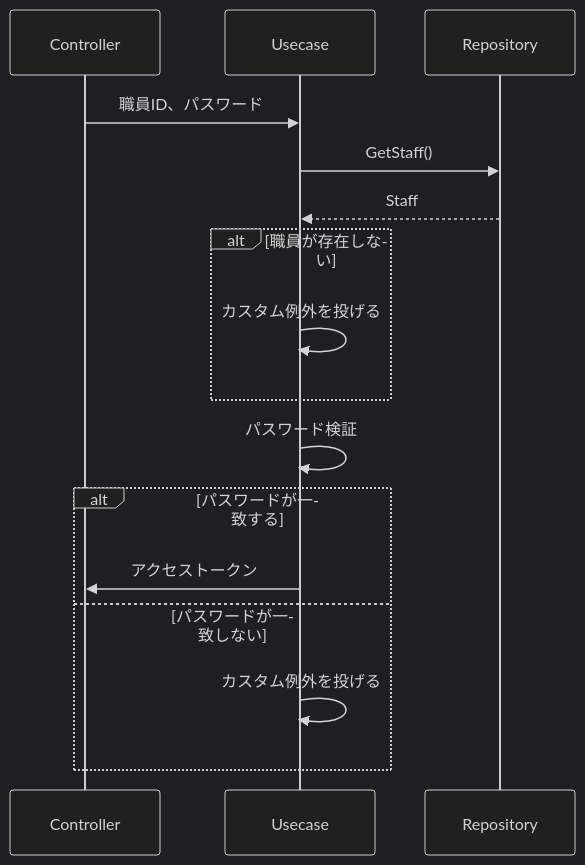
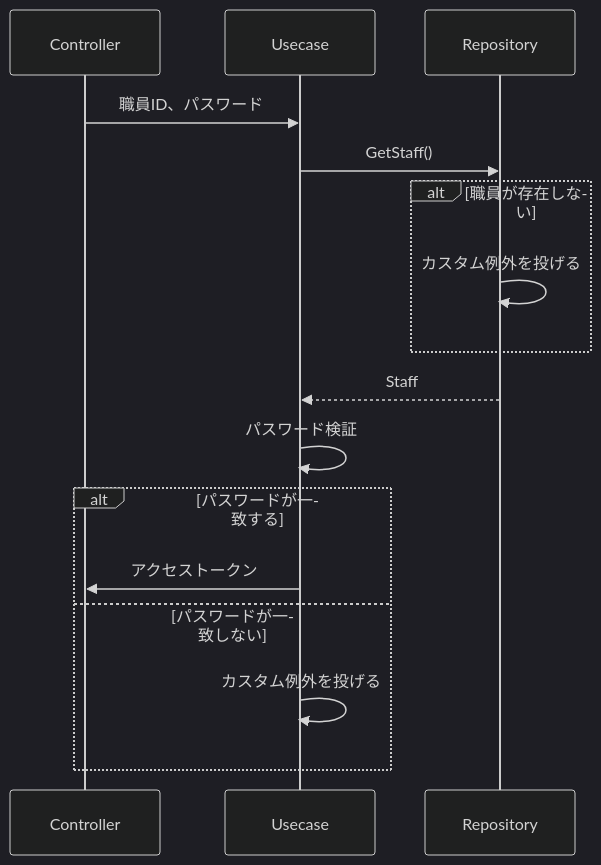
Before and after one commit to MrWangpeilin945/FlutterIOS: the second of 33 diagrams in Documents/API設計書/src/docs/5_ユースケース.adoc, drawn with Mermaid (dark theme). The commit also changed other lines of this file, not shown here.

```diff
--- a/Documents/API設計書/src/docs/5_ユースケース.adoc
+++ b/Documents/API設計書/src/docs/5_ユースケース.adoc
@@ -24,20 +24,20 @@
 [mermaid,Login-u-seq,png]
 ----
 sequenceDiagram
   participant con as Controller
   participant uc as Usecase
   participant repo as Repository
 
   con->>uc: 職員ID、パスワード
   uc->>repo: GetStaff()
+  alt 職員が存在しない
+    repo ->>repo: カスタム例外を投げる
+  end
   repo-->>uc: Staff
-  alt 職員が存在しない
-    uc->>uc: カスタム例外を投げる
-  end
   uc->>uc: パスワード検証
   alt パスワードが一致する
     uc->>con: アクセストークン
   else パスワードが一致しない
     uc->>uc: カスタム例外を投げる
   end
 ----
```
